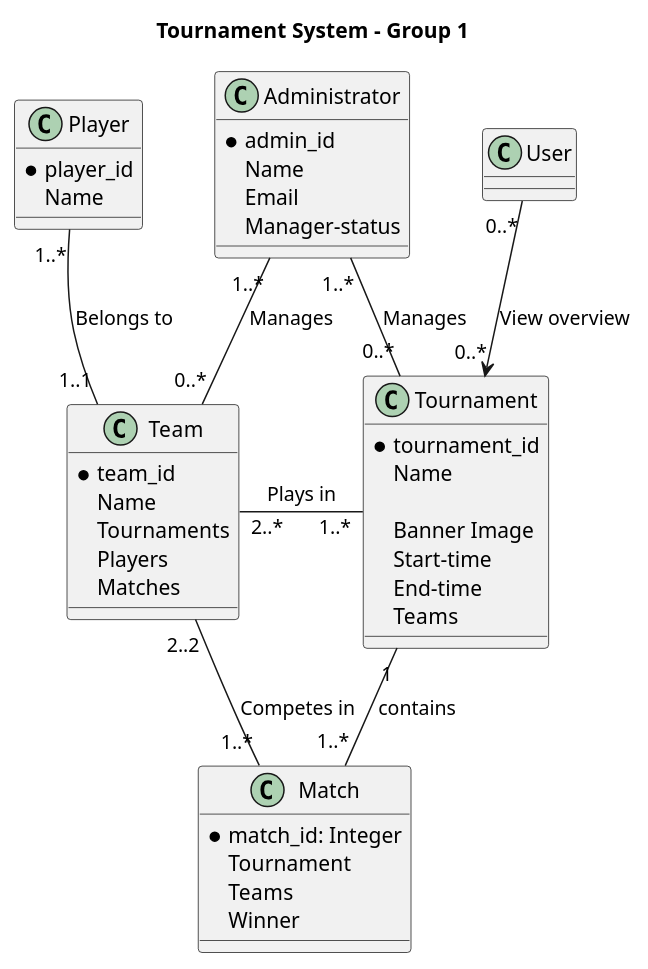
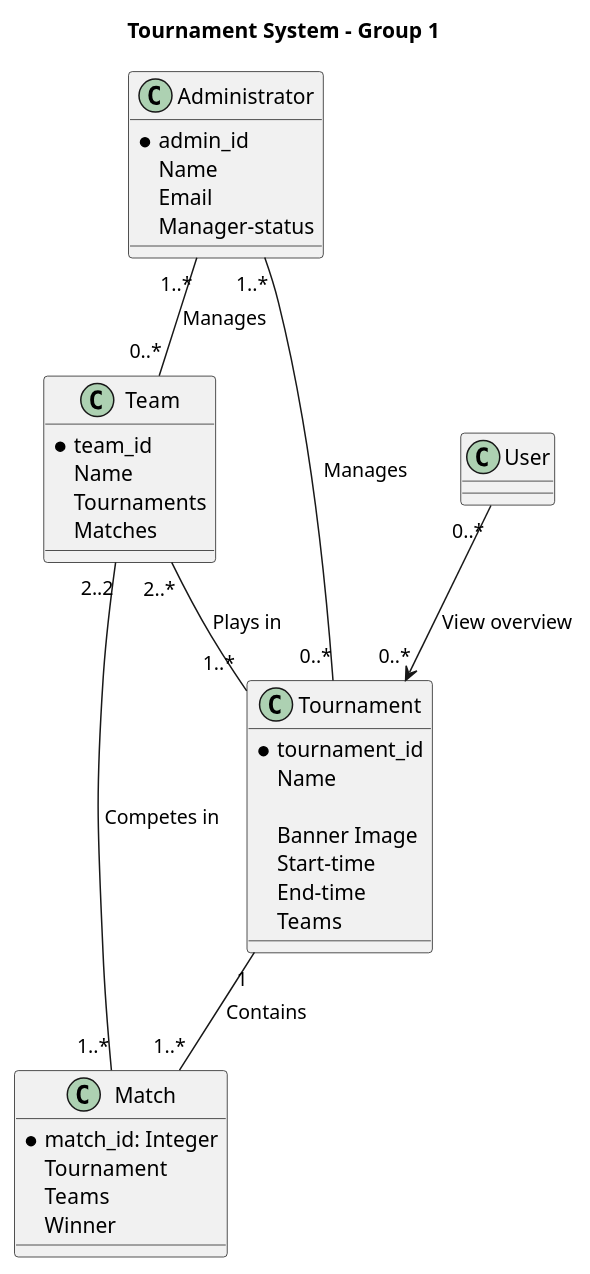
Before and after one commit to felixalbrigtsen/asura-tmdb: the diagram in documentation/domainModel.puml, drawn with PlantUML. The commit also changed 1 other file, not shown here.

Commit message:
Updated diagram

```diff
--- a/documentation/domainModel.puml
+++ b/documentation/domainModel.puml
@@ -1,53 +1,47 @@
 @startuml Tournament System
 title Tournament System - Group 1 
 
 class Match {
     *match_id: Integer
     Tournament
     Teams
     Winner
 }
 
 class Team {
     *team_id
     Name
     Tournaments
-    Players
     Matches
-}
-
-class Player {
-    *player_id
-    Name
 }
 
 class Tournament {
     *tournament_id
     Name
     
     Banner Image
     Start-time
     End-time
     Teams
 }
 
 class Administrator {
     *admin_id
     Name
     Email
     Manager-status
 }
 
 class User {
     
 }
 
-Team "2..*" - "1..*" Tournament : "Plays in"
-Tournament "1" -- "1..*" Match : contains
-Player "1..*" -- "1..1" Team : "Belongs to"
+Team "2..*" -- "1..*" Tournament : "Plays in"
+Tournament "1" -- "1..*" Match : "Contains"
 Team "2..2" -- "1..*" Match : "Competes in"
 
 Administrator "1..*" -- "0..*" Tournament : "Manages"
 Administrator "1..*" -- "0..*" Team : "Manages"
 User "0..*" --> "0..*" Tournament : "View overview"
+
 @enduml
```
